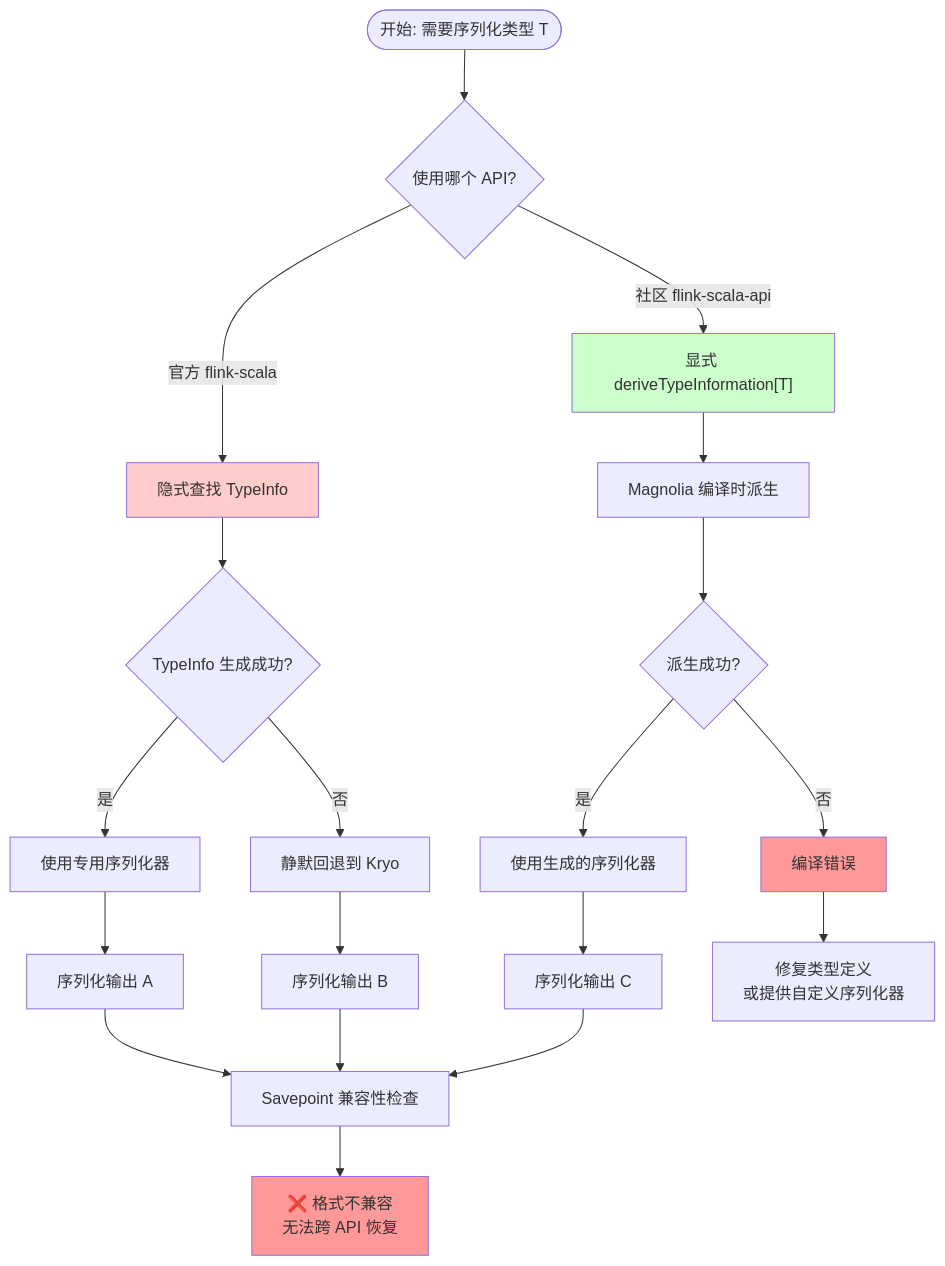
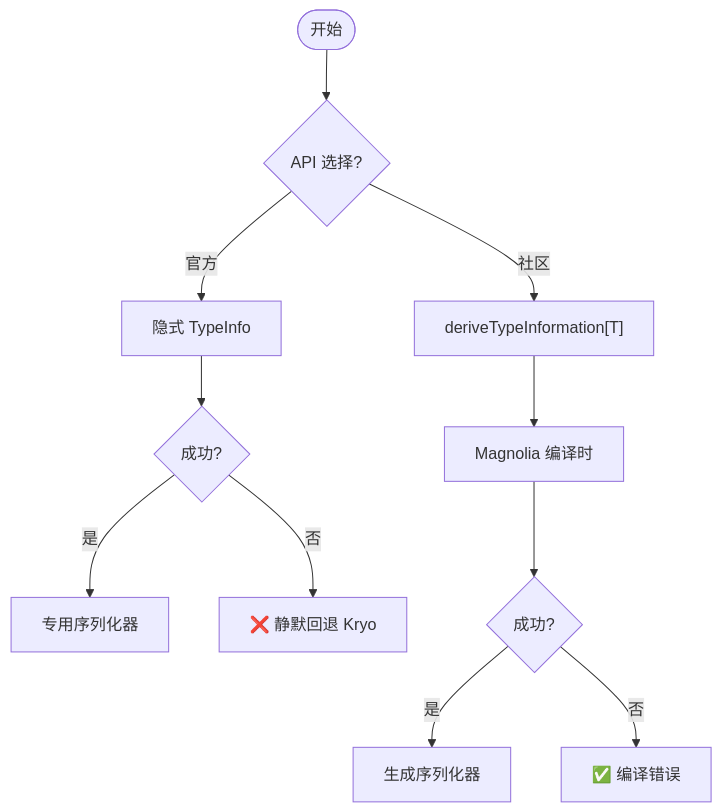
The second of 4 diagrams in Flink/09-language-foundations/02.02-flink-scala-api-community.md (AdaMartin18010/AnalysisDataFlow), drawn with Mermaid before and after one commit. The commit also changed other lines of this file and 19 other files, not shown here.

````diff
--- a/Flink/09-language-foundations/02.02-flink-scala-api-community.md
+++ b/Flink/09-language-foundations/02.02-flink-scala-api-community.md
@@ -962,35 +564,15 @@
 ```mermaid
 flowchart TD
-    Start(["开始: 需要序列化类型 T"])
+    Start(["开始"]) --> CheckAPI{"API 选择?"}
+    CheckAPI -->|官方| Official["隐式 TypeInfo"]
+    CheckAPI -->|社区| Community["deriveTypeInformation[T]"]
 
-    Start --> CheckAPI{"使用哪个 API?"}
+    Official --> Success1{"成功?"}
+    Success1 -->|是| Serializer1["专用序列化器"]
+    Success1 -->|否| Kryo["❌ 静默回退 Kryo"]
 
-    CheckAPI -->|官方 flink-scala| Official["隐式查找 TypeInfo"]
-    CheckAPI -->|社区 flink-scala-api| Community["显式 deriveTypeInformation[T]"]
-
-    Official --> OfficialSuccess{"TypeInfo 生成成功?"}
-    OfficialSuccess -->|是| OfficialSerializer["使用专用序列化器"]
-    OfficialSuccess -->|否| KryoFallback["静默回退到 Kryo"]
-
-    Community --> CompileTime["Magnolia 编译时派生"]
-    CompileTime --> DeriveSuccess{"派生成功?"}
-    DeriveSuccess -->|是| GeneratedSerializer["使用生成的序列化器"]
-    DeriveSuccess -->|否| CompileError["编译错误"]
-
-    OfficialSerializer --> Output1["序列化输出 A"]
-    KryoFallback --> Output2["序列化输出 B"]
-    GeneratedSerializer --> Output3["序列化输出 C"]
-
-    Output1 --> Compare["Savepoint 兼容性检查"]
-    Output2 --> Compare
-    Output3 --> Compare
-
-    Compare --> Incompatible["❌ 格式不兼容<br/>无法跨 API 恢复"]
-
-    CompileError --> Fix["修复类型定义<br/>或提供自定义序列化器"]
-
-    style Official fill:#ffcccc
-    style Community fill:#ccffcc
-    style CompileError fill:#ff9999
-    style Incompatible fill:#ff9999
+    Community --> Compile["Magnolia 编译时"]
+    Compile --> Success2{"成功?"}
+    Success2 -->|是| Serializer2["生成序列化器"]
+    Success2 -->|否| Error["✅ 编译错误"]
 ```
````
